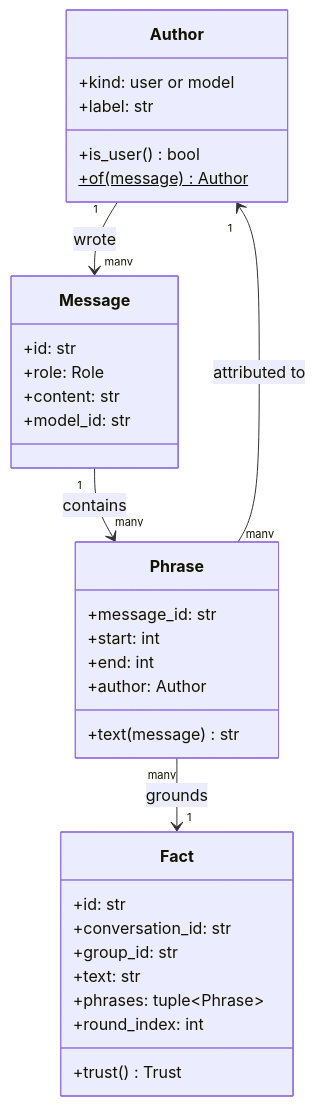
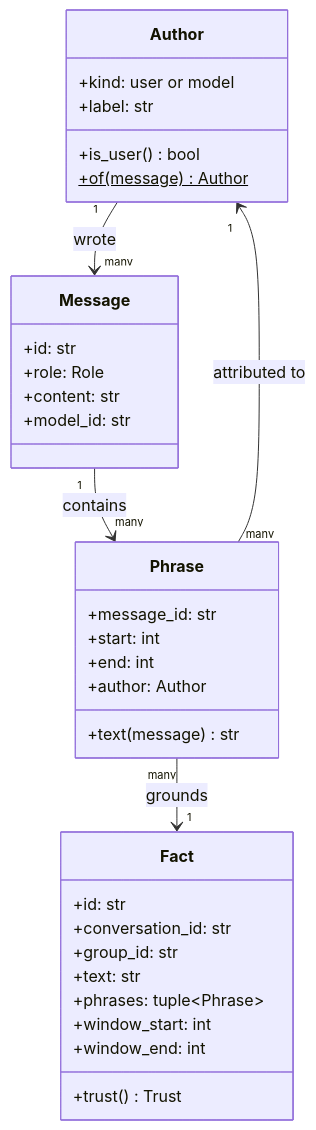
The first of 4 diagrams in docs/plans/2026-08-13-009-feat-grounded-fact-extraction-plan.md (Alorcus/agent_project), drawn with Mermaid before and after one commit. The commit also changed other lines of this file, not shown here.

````diff
--- a/docs/plans/2026-08-13-009-feat-grounded-fact-extraction-plan.md
+++ b/docs/plans/2026-08-13-009-feat-grounded-fact-extraction-plan.md
@@ -275,36 +440,37 @@
 ```mermaid
 classDiagram
     class Author {
         +kind: user or model
         +label: str
         +is_user() bool
         +of(message)$ Author
     }
     class Message {
         +id: str
         +role: Role
         +content: str
         +model_id: str
     }
     class Phrase {
         +message_id: str
         +start: int
         +end: int
         +author: Author
         +text(message) str
     }
     class Fact {
         +id: str
         +conversation_id: str
         +group_id: str
         +text: str
         +phrases: tuple~Phrase~
-        +round_index: int
+        +window_start: int
+        +window_end: int
         +trust() Trust
     }
 
     Author "1" --> "many" Message : wrote
     Message "1" --> "many" Phrase : contains
     Phrase "many" --> "1" Fact : grounds
     Phrase "many" --> "1" Author : attributed to
 ```
````
